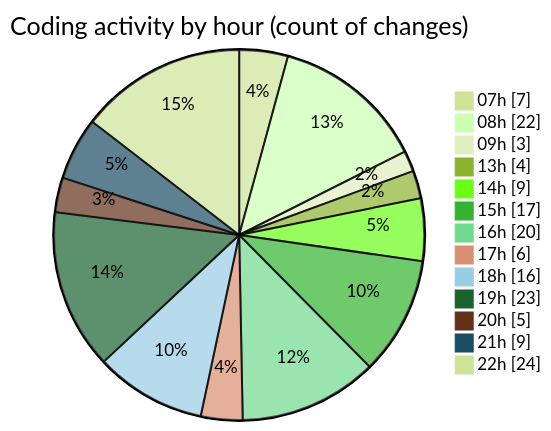
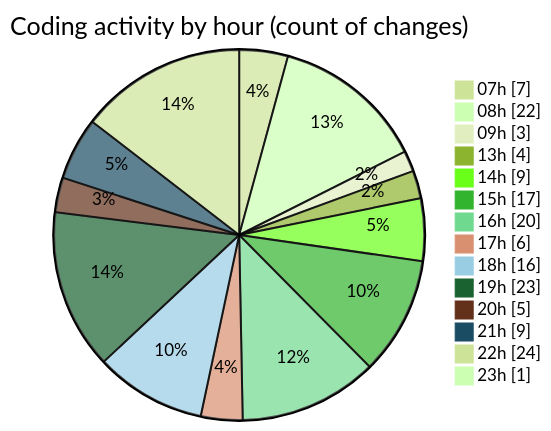
One commit to Elitesun/code-tracking changed the second of 2 diagrams in 2025-05-04/niten/README.md. Above: the diagram before and after it, drawn with Mermaid (forest theme). The commit also changed other lines of this file and 1 other file, not shown here.

````diff
--- a/2025-05-04/niten/README.md
+++ b/2025-05-04/niten/README.md
@@ -76,17 +77,18 @@
 ```mermaid
 pie showData
 title Coding activity by hour (count of changes)
 "07h" : 7
 "08h" : 22
 "09h" : 3
 "13h" : 4
 "14h" : 9
 "15h" : 17
 "16h" : 20
 "17h" : 6
 "18h" : 16
 "19h" : 23
 "20h" : 5
 "21h" : 9
 "22h" : 24
+"23h" : 1
 ```
````
